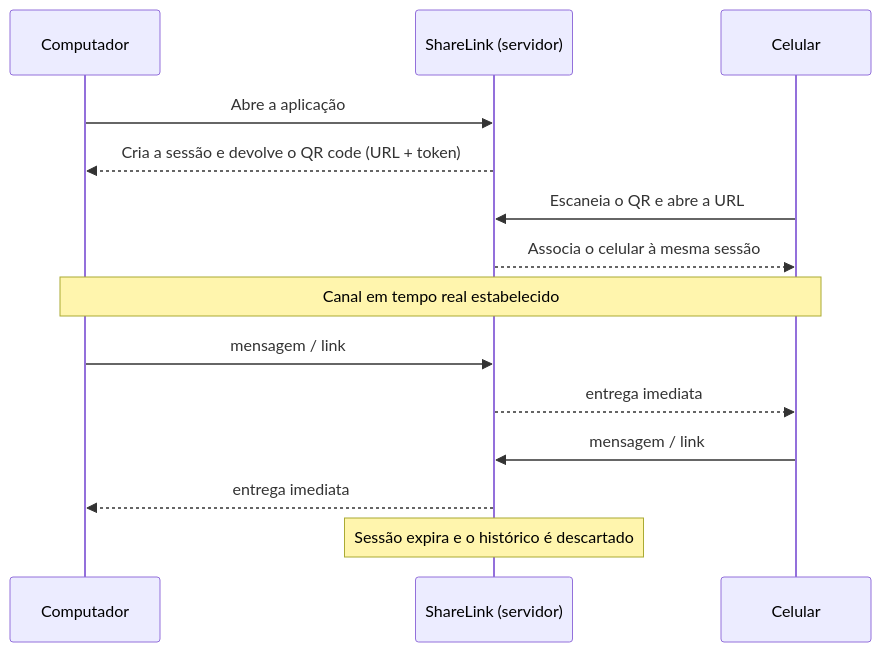
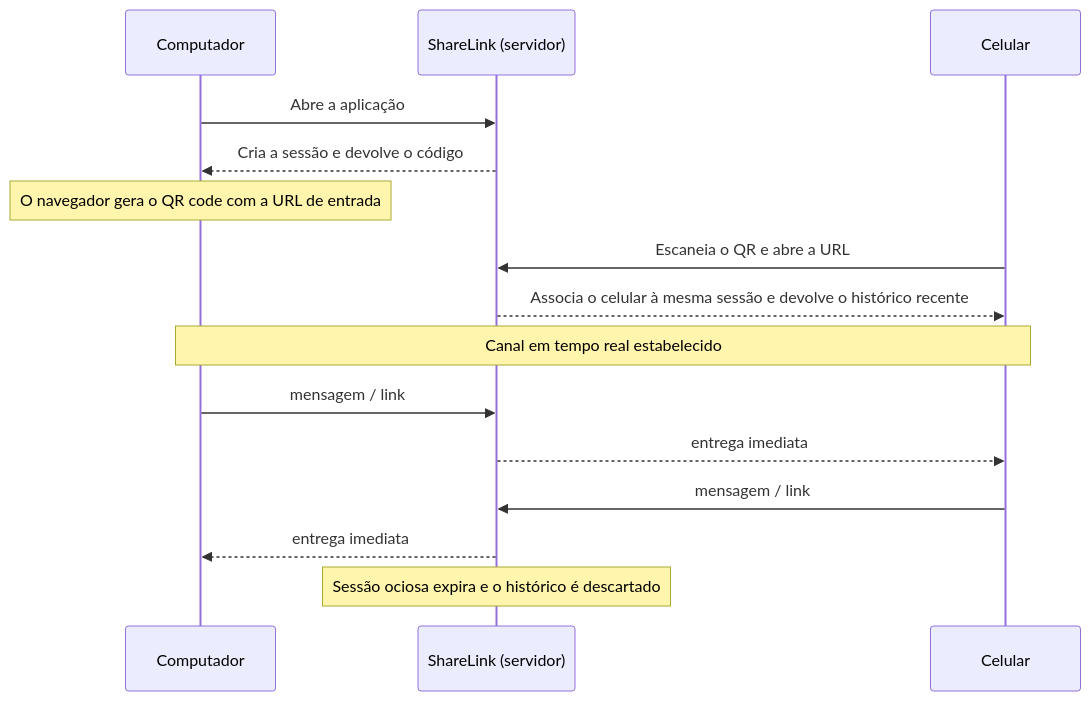
One commit to santos-savio/share-link changed the diagram in README.md. Above: the diagram before and after it, drawn with Mermaid. The commit also changed other lines of this file and 2 other files, not shown here.

````diff
--- a/README.md
+++ b/README.md
@@ -19,17 +19,18 @@
 ```mermaid
 sequenceDiagram
     participant PC as Computador
     participant Srv as ShareLink (servidor)
     participant Cel as Celular
 
     PC->>Srv: Abre a aplicação
-    Srv-->>PC: Cria a sessão e devolve o QR code (URL + token)
+    Srv-->>PC: Cria a sessão e devolve o código
+    Note over PC: O navegador gera o QR code com a URL de entrada
     Cel->>Srv: Escaneia o QR e abre a URL
-    Srv-->>Cel: Associa o celular à mesma sessão
+    Srv-->>Cel: Associa o celular à mesma sessão e devolve o histórico recente
     Note over PC,Cel: Canal em tempo real estabelecido
     PC->>Srv: mensagem / link
     Srv-->>Cel: entrega imediata
     Cel->>Srv: mensagem / link
     Srv-->>PC: entrega imediata
-    Note over Srv: Sessão expira e o histórico é descartado
+    Note over Srv: Sessão ociosa expira e o histórico é descartado
 ```
````
